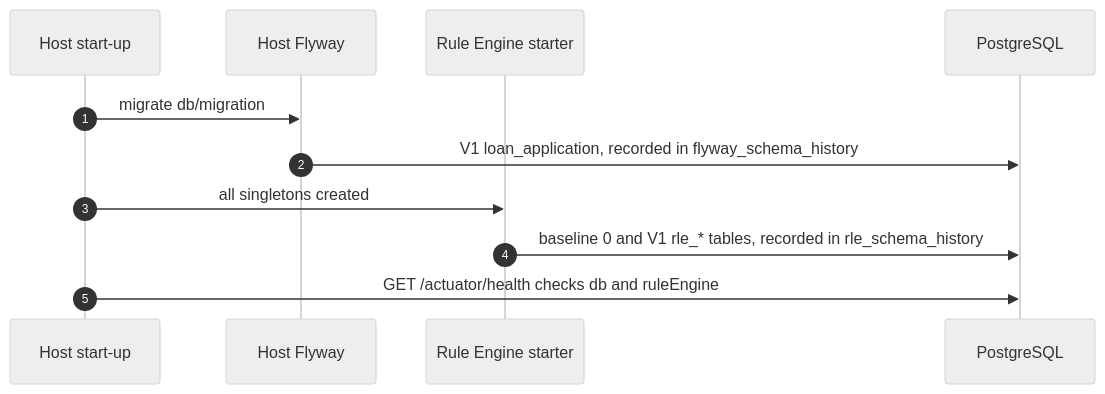
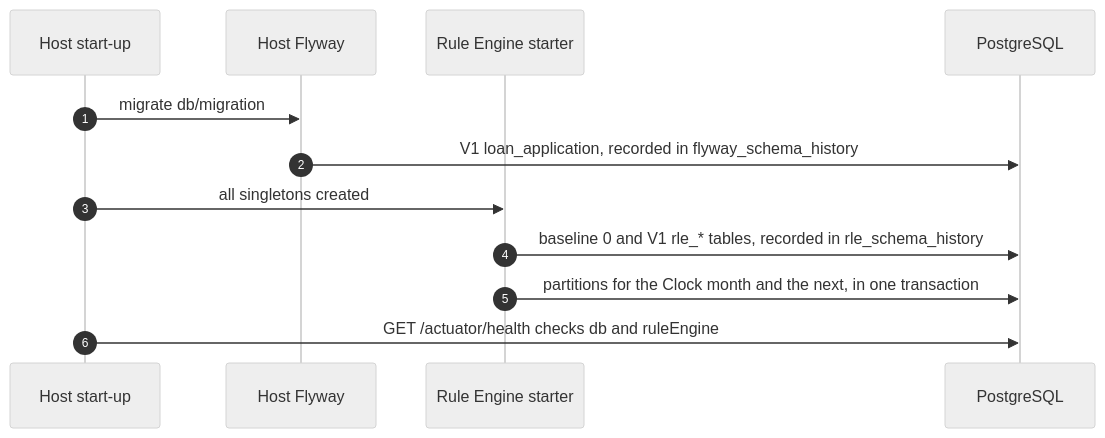
Before and after one commit to dhluong90/horus-Agentic-BPM: the diagram in examples/rule-engine-only/README.md, drawn with Mermaid (neutral theme). The commit also changed other lines of this file and 7 other files, not shown here.

````diff
--- a/examples/rule-engine-only/README.md
+++ b/examples/rule-engine-only/README.md
@@ -10,13 +10,14 @@
 ```mermaid
 sequenceDiagram
     autonumber
     participant Host as Host start-up
     participant HF as Host Flyway
     participant RE as Rule Engine starter
     participant DB as PostgreSQL
     Host->>HF: migrate db/migration
     HF->>DB: V1 loan_application, recorded in flyway_schema_history
     Host->>RE: all singletons created
     RE->>DB: baseline 0 and V1 rle_* tables, recorded in rle_schema_history
+    RE->>DB: partitions for the Clock month and the next, in one transaction
     Host->>DB: GET /actuator/health checks db and ruleEngine
 ```
````
